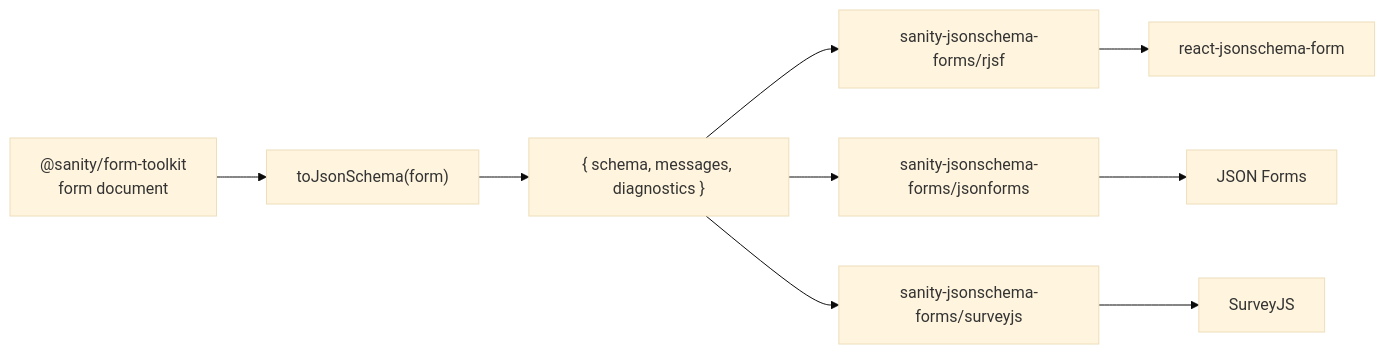
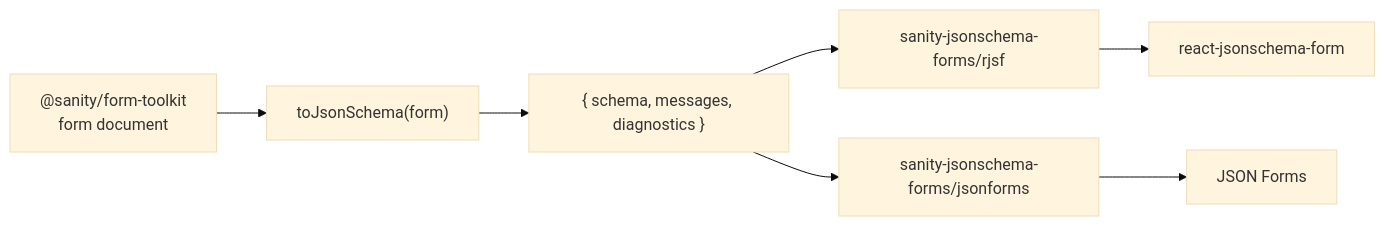
The diagram in README.md (josemanosalvas/sanity-jsonschema-forms), drawn with Mermaid (base theme) before and after one commit. The commit also changed other lines of this file and 34 other files, not shown here.

````diff
--- a/README.md
+++ b/README.md
@@ -8,8 +8,7 @@
 ```mermaid
 flowchart LR
   form["@sanity/form-toolkit<br>form document"] --> compile["toJsonSchema(form)"]
   compile --> out["{ schema, messages, diagnostics }"]
   out --> rjsf["sanity-jsonschema-forms/rjsf"] --> RJSF["react-jsonschema-form"]
   out --> jsonforms["sanity-jsonschema-forms/jsonforms"] --> JF["JSON Forms"]
-  out --> surveyjs["sanity-jsonschema-forms/surveyjs"] --> SJ["SurveyJS"]
 ```
````
